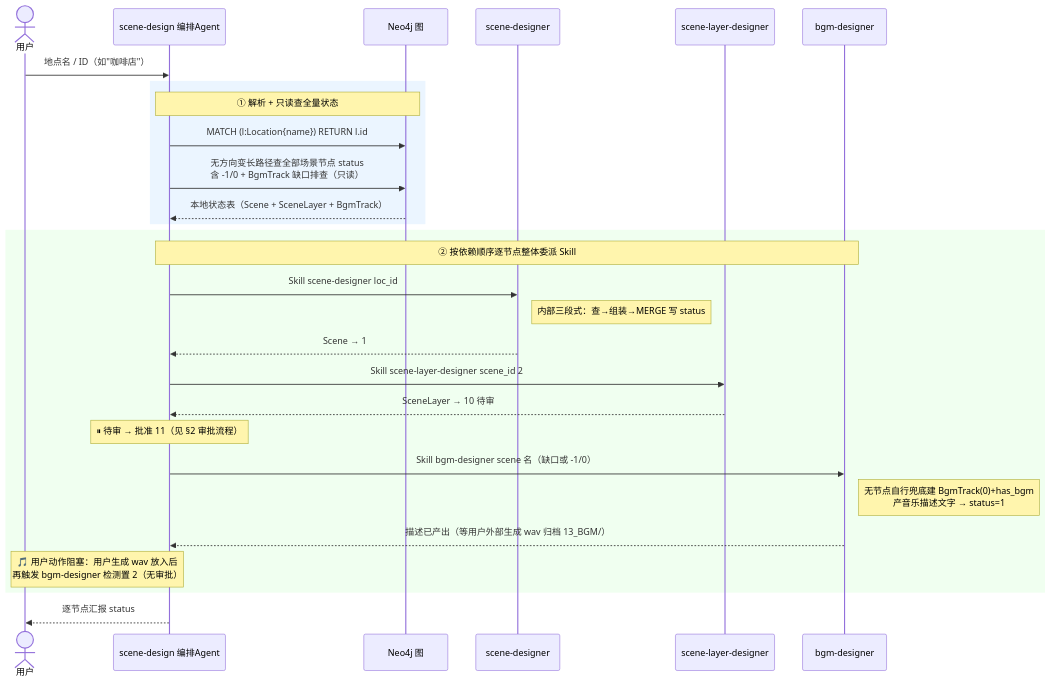
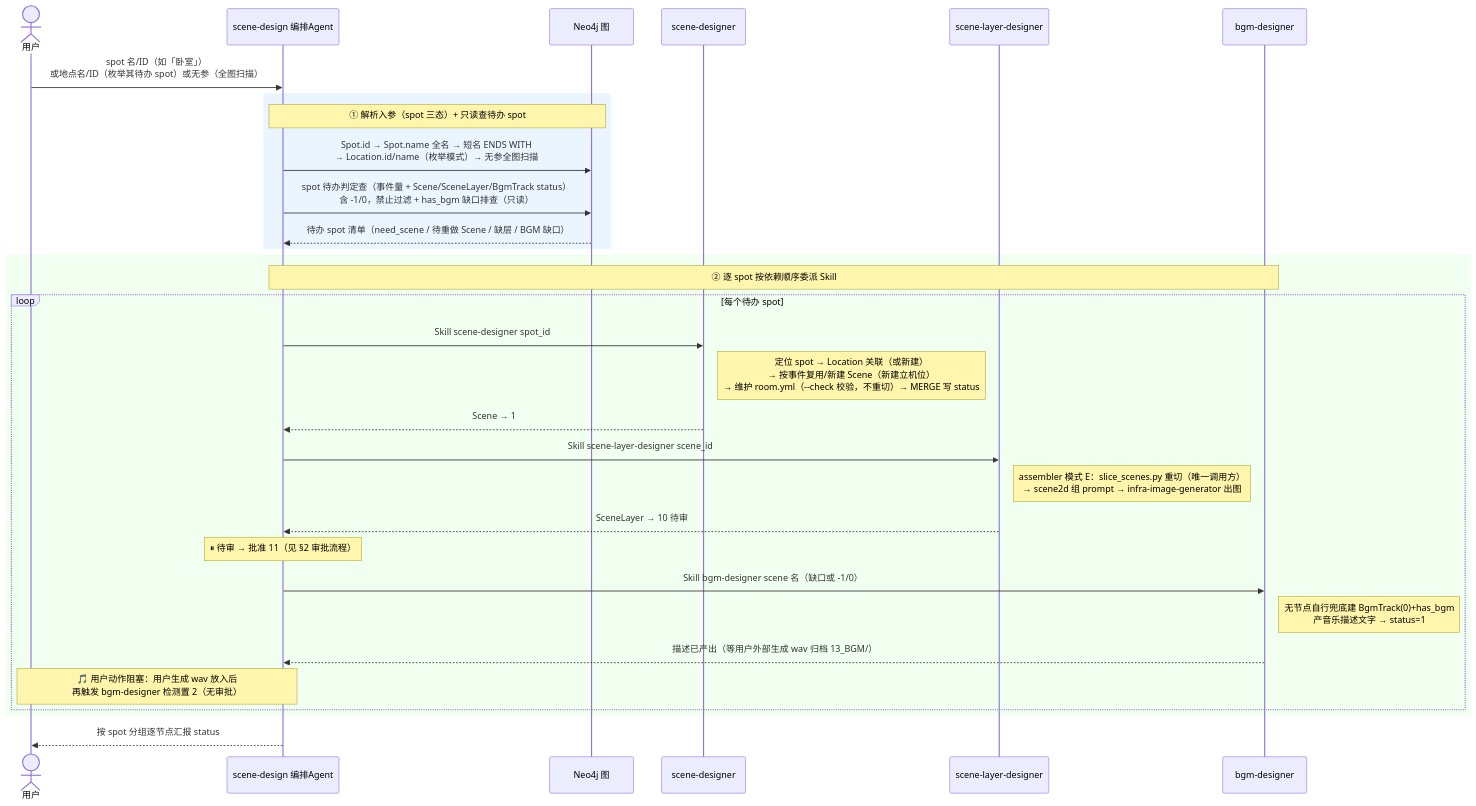
The third of 4 diagrams in README.md (CrazyJinn/ProxyLove), drawn with Mermaid before and after one commit. The commit also changed other lines of this file and 7 other files, not shown here.

First line of the commit message:
scene-design 链 spot 粒度重构：agent 三态入参 + scene-designer spot 化 + Spot 目录收拢规则

````diff
--- a/README.md
+++ b/README.md
@@ -179,36 +179,39 @@
 ```mermaid
 sequenceDiagram
     actor U as 用户
     participant A as scene-design 编排Agent
     participant DB as Neo4j 图
     participant Scene as scene-designer
     participant Layer as scene-layer-designer
     participant BGM as bgm-designer
 
-    U->>A: 地点名 / ID（如"咖啡店"）
+    U->>A: spot 名/ID（如「卧室」）<br/>或地点名/ID（枚举其待办 spot）或无参（全图扫描）
 
     rect rgb(235, 245, 255)
-    Note over A,DB: ① 解析 + 只读查全量状态
-    A->>DB: MATCH (l:Location{name}) RETURN l.id
-    A->>DB: 无方向变长路径查全部场景节点 status<br/>含 -1/0 + BgmTrack 缺口排查（只读）
-    DB-->>A: 本地状态表（Scene + SceneLayer + BgmTrack）
+    Note over A,DB: ① 解析入参（spot 三态）+ 只读查待办 spot
+    A->>DB: Spot.id → Spot.name 全名 → 短名 ENDS WITH<br/>→ Location.id/name（枚举模式）→ 无参全图扫描
+    A->>DB: spot 待办判定查（事件量 + Scene/SceneLayer/BgmTrack status）<br/>含 -1/0，禁止过滤 + has_bgm 缺口排查（只读）
+    DB-->>A: 待办 spot 清单（need_scene / 待重做 Scene / 缺层 / BGM 缺口）
     end
 
     rect rgb(240, 255, 240)
-    Note over A,BGM: ② 按依赖顺序逐节点整体委派 Skill
-    A->>Scene: Skill scene-designer loc_id
-    Note right of Scene: 内部三段式：查→组装→MERGE 写 status
-    Scene-->>A: Scene → 1
+    Note over A,BGM: ② 逐 spot 按依赖顺序委派 Skill
+    loop 每个待办 spot
+        A->>Scene: Skill scene-designer spot_id
+        Note right of Scene: 定位 spot → Location 关联（或新建）<br/>→ 按事件复用/新建 Scene（新建立机位）<br/>→ 维护 room.yml（--check 校验，不重切）→ MERGE 写 status
+        Scene-->>A: Scene → 1
 
-    A->>Layer: Skill scene-layer-designer scene_id 2
-    Layer-->>A: SceneLayer → 10 待审
-    Note over A: ⏸ 待审 → 批准 11（见 §2 审批流程）
+        A->>Layer: Skill scene-layer-designer scene_id
+        Note right of Layer: assembler 模式 E：slice_scenes.py 重切（唯一调用方）<br/>→ scene2d 组 prompt → infra-image-generator 出图
+        Layer-->>A: SceneLayer → 10 待审
+        Note over A: ⏸ 待审 → 批准 11（见 §2 审批流程）
 
-    A->>BGM: Skill bgm-designer scene 名（缺口或 -1/0）
-    Note right of BGM: 无节点自行兜底建 BgmTrack(0)+has_bgm<br/>产音乐描述文字 → status=1
-    BGM-->>A: 描述已产出（等用户外部生成 wav 归档 13_BGM/）
-    Note over A,U: 🎵 用户动作阻塞：用户生成 wav 放入后<br/>再触发 bgm-designer 检测置 2（无审批）
+        A->>BGM: Skill bgm-designer scene 名（缺口或 -1/0）
+        Note right of BGM: 无节点自行兜底建 BgmTrack(0)+has_bgm<br/>产音乐描述文字 → status=1
+        BGM-->>A: 描述已产出（等用户外部生成 wav 归档 13_BGM/）
+        Note over A,U: 🎵 用户动作阻塞：用户生成 wav 放入后<br/>再触发 bgm-designer 检测置 2（无审批）
+    end
     end
 
-    A-->>U: 逐节点汇报 status
+    A-->>U: 按 spot 分组逐节点汇报 status
 ```
````
